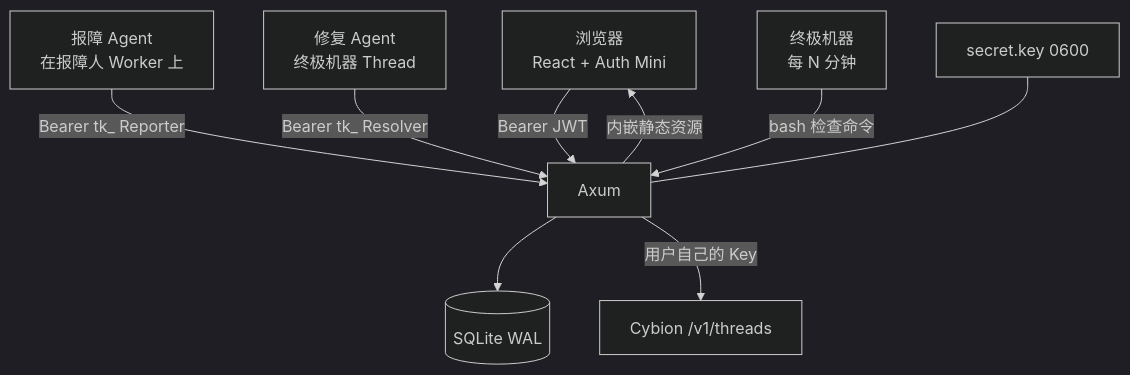
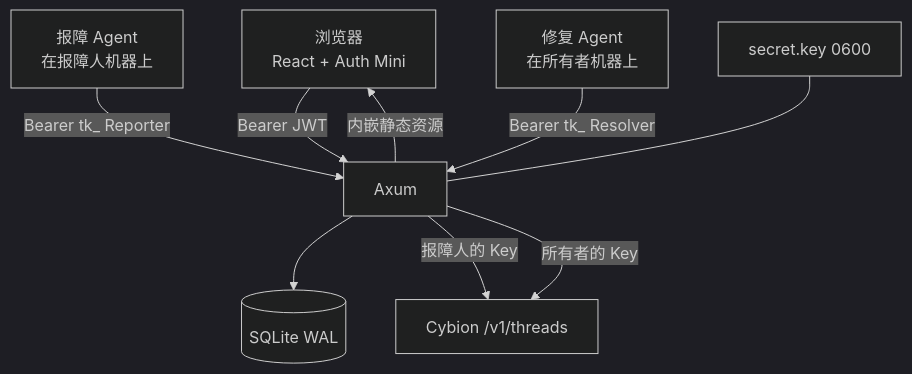
The first of 5 diagrams in DESIGN.md (zccz14/tickets), drawn with Mermaid (dark theme) before and after one commit. The commit also changed other lines of this file and 30 other files, not shown here.

````diff
--- a/DESIGN.md
+++ b/DESIGN.md
@@ -7,11 +7,11 @@
 ```mermaid
 flowchart TB
     B[浏览器<br/>React + Auth Mini] -->|Bearer JWT| A[Axum]
-    P[报障 Agent<br/>在报障人 Worker 上] -->|Bearer tk_ Reporter| A
-    R[修复 Agent<br/>终极机器 Thread] -->|Bearer tk_ Resolver| A
+    P[报障 Agent<br/>在报障人机器上] -->|Bearer tk_ Reporter| A
+    R[修复 Agent<br/>在所有者机器上] -->|Bearer tk_ Resolver| A
     A --> D[(SQLite WAL)]
-    A -->|用户自己的 Key| C[Cybion /v1/threads]
+    A -->|报障人的 Key| C[Cybion /v1/threads]
+    A -->|所有者的 Key| C
     A -->|内嵌静态资源| B
-    U[终极机器<br/>每 N 分钟] -->|bash 检查命令| A
     K[secret.key 0600] --- A
 ```
````
